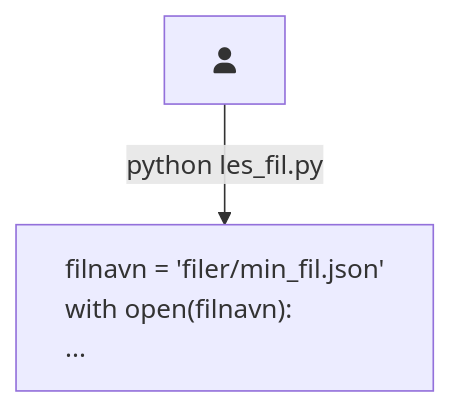
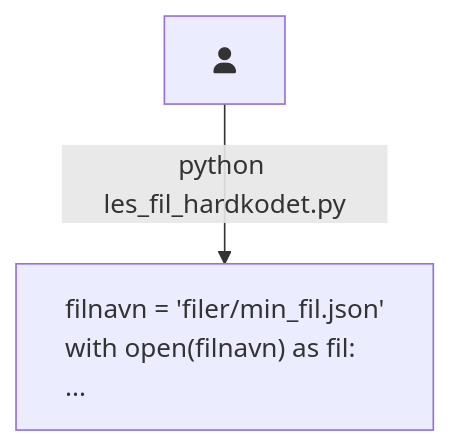
One commit to nrkno/prog-videre changed the second of 4 diagrams in innhold/kap3/2_programargumenter.md. Above: the diagram before and after it, drawn with Mermaid. The commit also changed other lines of this file, not shown here.

````diff
--- a/innhold/kap3/2_programargumenter.md
+++ b/innhold/kap3/2_programargumenter.md
@@ -29,7 +31,7 @@
 ```mermaid
 flowchart
   user[fa:fa-user]
-  prg["filnavn = 'filer/min_fil.json'\nwith open(filnavn):\n..."]
+  prg["filnavn = 'filer/min_fil.json'\nwith open(filnavn) as fil:\n..."]
   style prg text-align:left
-  user-- python les_fil.py -->prg
+  user-- python les_fil_hardkodet.py -->prg
 ```
````
